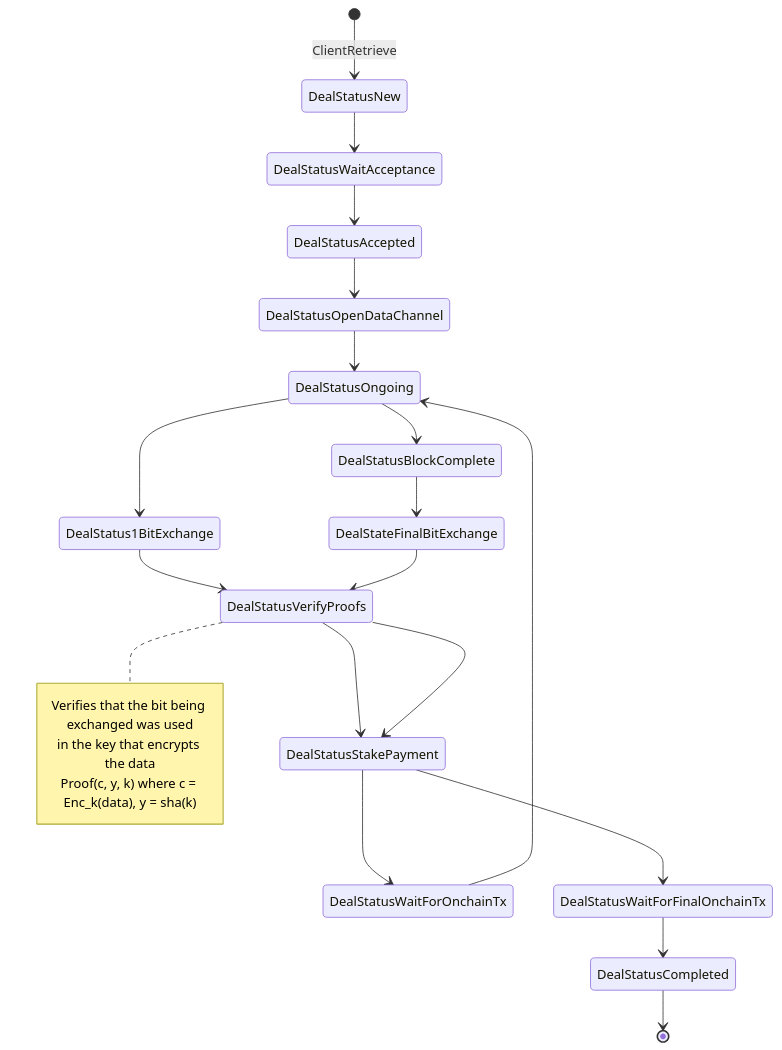
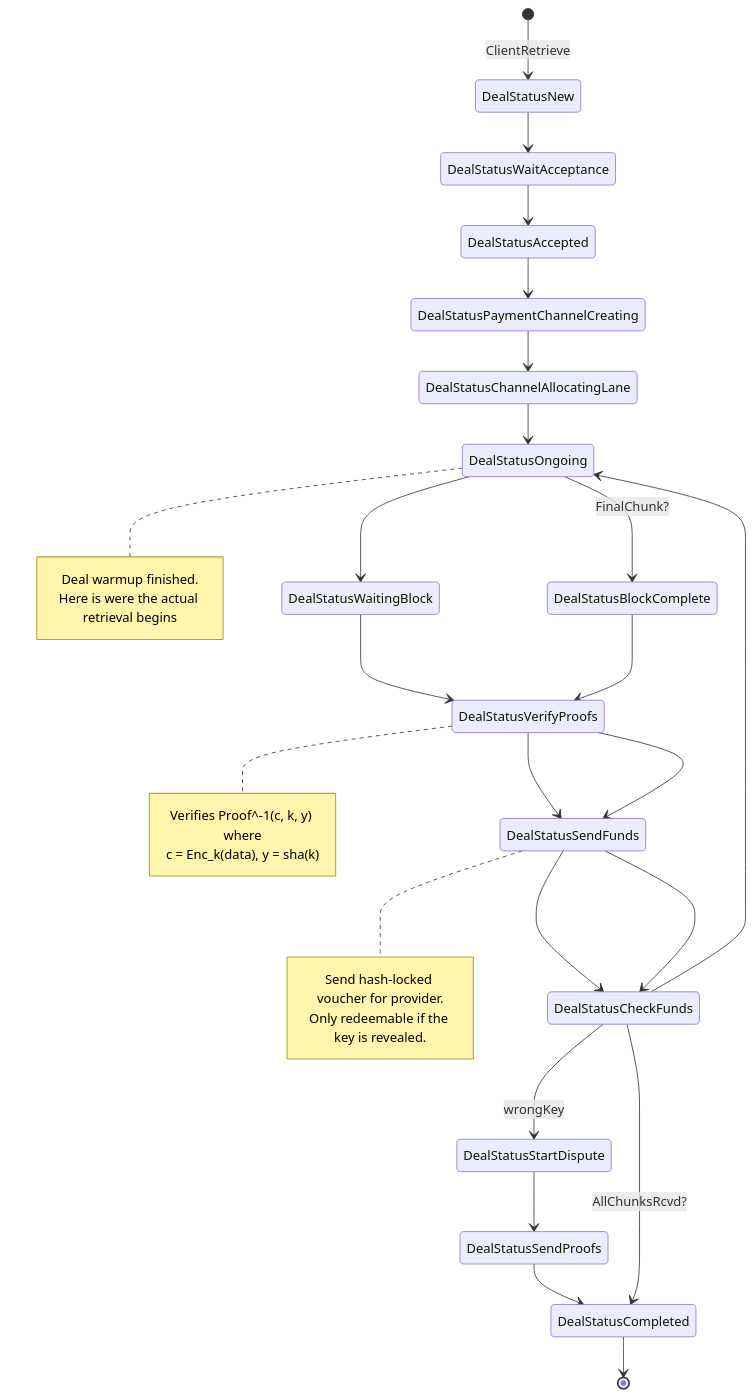
Before and after one commit to adlrocha/go-fil-markets: the first of 2 diagrams in docs/rfcs/optimistic-zkcp.md, drawn with Mermaid. The commit also changed other lines of this file and 6 other files, not shown here.

````diff
--- a/docs/rfcs/optimistic-zkcp.md
+++ b/docs/rfcs/optimistic-zkcp.md
@@ -23,29 +33,39 @@
 ```mermaid
 stateDiagram-v2
 [*] --> DealStatusNew: ClientRetrieve
 DealStatusNew --> DealStatusWaitAcceptance
 DealStatusWaitAcceptance --> DealStatusAccepted
-DealStatusAccepted --> DealStatusOpenDataChannel
-DealStatusOpenDataChannel --> DealStatusOngoing
+DealStatusAccepted --> DealStatusPaymentChannelCreating
+DealStatusPaymentChannelCreating --> DealStatusChannelAllocatingLane
+DealStatusChannelAllocatingLane --> DealStatusOngoing
 
-DealStatusOngoing --> DealStatus1BitExchange
-DealStatus1BitExchange --> DealStatusVerifyProofs
-DealStatusVerifyProofs --> DealStatusStakePayment
-DealStatusStakePayment --> DealStatusWaitForOnchainTx
-DealStatusWaitForOnchainTx --> DealStatusOngoing
+note right of DealStatusOngoing
+Deal warmup finished.
+Here is were the actual retrieval begins
+end note
+
+DealStatusOngoing --> DealStatusWaitingBlock
+DealStatusWaitingBlock --> DealStatusVerifyProofs
+DealStatusVerifyProofs --> DealStatusSendFunds
+DealStatusSendFunds --> DealStatusCheckFunds
+DealStatusCheckFunds --> DealStatusStartDispute: wrongKey
+DealStatusStartDispute --> DealStatusSendProofs
+DealStatusSendProofs --> DealStatusCompleted
+DealStatusCheckFunds --> DealStatusOngoing
 
 note right of DealStatusVerifyProofs
-Verifies that the bit being exchanged was used
-in the key that encrypts the data
-Proof(c, y, k) where c = Enc_k(data), y = sha(k) 
+Verifies Proof^-1(c, k, y) where
+c = Enc_k(data), y = sha(k)
 end note
-
-DealStatusOngoing --> DealStatusBlockComplete
-DealStatusBlockComplete --> DealStateFinalBitExchange
-DealStateFinalBitExchange --> DealStatusVerifyProofs
-DealStatusVerifyProofs --> DealStatusStakePayment
-DealStatusStakePayment --> DealStatusWaitForFinalOnchainTx
-DealStatusWaitForFinalOnchainTx --> DealStatusCompleted
+DealStatusOngoing --> DealStatusBlockComplete: FinalChunk?
+DealStatusBlockComplete --> DealStatusVerifyProofs
+DealStatusVerifyProofs --> DealStatusSendFunds
+DealStatusSendFunds --> DealStatusCheckFunds
+DealStatusCheckFunds --> DealStatusCompleted: AllChunksRcvd?
 DealStatusCompleted --> [*]
 
+note right of DealStatusSendFunds
+Send hash-locked voucher for provider.
+Only redeemable if the key is revealed.
+end note
 ```
````
